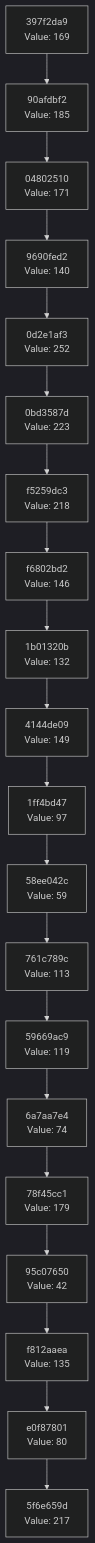
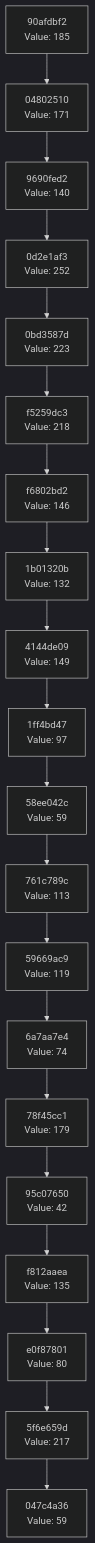
The diagram in docs/CHAIN_VISUALIZATION.md (Abhisheksinha1506/hash-chain-evolver), drawn with Mermaid (dark theme) before and after one commit. The commit also changed 2 other files, not shown here.

Commit message:
Evolution step: hash 0x3B → action executed

````diff
--- a/docs/CHAIN_VISUALIZATION.md
+++ b/docs/CHAIN_VISUALIZATION.md
@@ -3,42 +3,42 @@
 ```mermaid
 graph TD
-    C0["5f6e659d<br/>Value: 217"]
-    C1["e0f87801<br/>Value: 80"]
+    C0["047c4a36<br/>Value: 59"]
+    C1["5f6e659d<br/>Value: 217"]
     C1 --> C0
-    C2["f812aaea<br/>Value: 135"]
+    C2["e0f87801<br/>Value: 80"]
     C2 --> C1
-    C3["95c07650<br/>Value: 42"]
+    C3["f812aaea<br/>Value: 135"]
     C3 --> C2
-    C4["78f45cc1<br/>Value: 179"]
+    C4["95c07650<br/>Value: 42"]
     C4 --> C3
-    C5["6a7aa7e4<br/>Value: 74"]
+    C5["78f45cc1<br/>Value: 179"]
     C5 --> C4
-    C6["59669ac9<br/>Value: 119"]
+    C6["6a7aa7e4<br/>Value: 74"]
     C6 --> C5
-    C7["761c789c<br/>Value: 113"]
+    C7["59669ac9<br/>Value: 119"]
     C7 --> C6
-    C8["58ee042c<br/>Value: 59"]
+    C8["761c789c<br/>Value: 113"]
     C8 --> C7
-    C9["1ff4bd47<br/>Value: 97"]
+    C9["58ee042c<br/>Value: 59"]
     C9 --> C8
-    C10["4144de09<br/>Value: 149"]
+    C10["1ff4bd47<br/>Value: 97"]
     C10 --> C9
-    C11["1b01320b<br/>Value: 132"]
+    C11["4144de09<br/>Value: 149"]
     C11 --> C10
-    C12["f6802bd2<br/>Value: 146"]
+    C12["1b01320b<br/>Value: 132"]
     C12 --> C11
-    C13["f5259dc3<br/>Value: 218"]
+    C13["f6802bd2<br/>Value: 146"]
     C13 --> C12
-    C14["0bd3587d<br/>Value: 223"]
+    C14["f5259dc3<br/>Value: 218"]
     C14 --> C13
-    C15["0d2e1af3<br/>Value: 252"]
+    C15["0bd3587d<br/>Value: 223"]
     C15 --> C14
-    C16["9690fed2<br/>Value: 140"]
+    C16["0d2e1af3<br/>Value: 252"]
     C16 --> C15
-    C17["04802510<br/>Value: 171"]
+    C17["9690fed2<br/>Value: 140"]
     C17 --> C16
-    C18["90afdbf2<br/>Value: 185"]
+    C18["04802510<br/>Value: 171"]
     C18 --> C17
-    C19["397f2da9<br/>Value: 169"]
+    C19["90afdbf2<br/>Value: 185"]
     C19 --> C18
 ```
````
